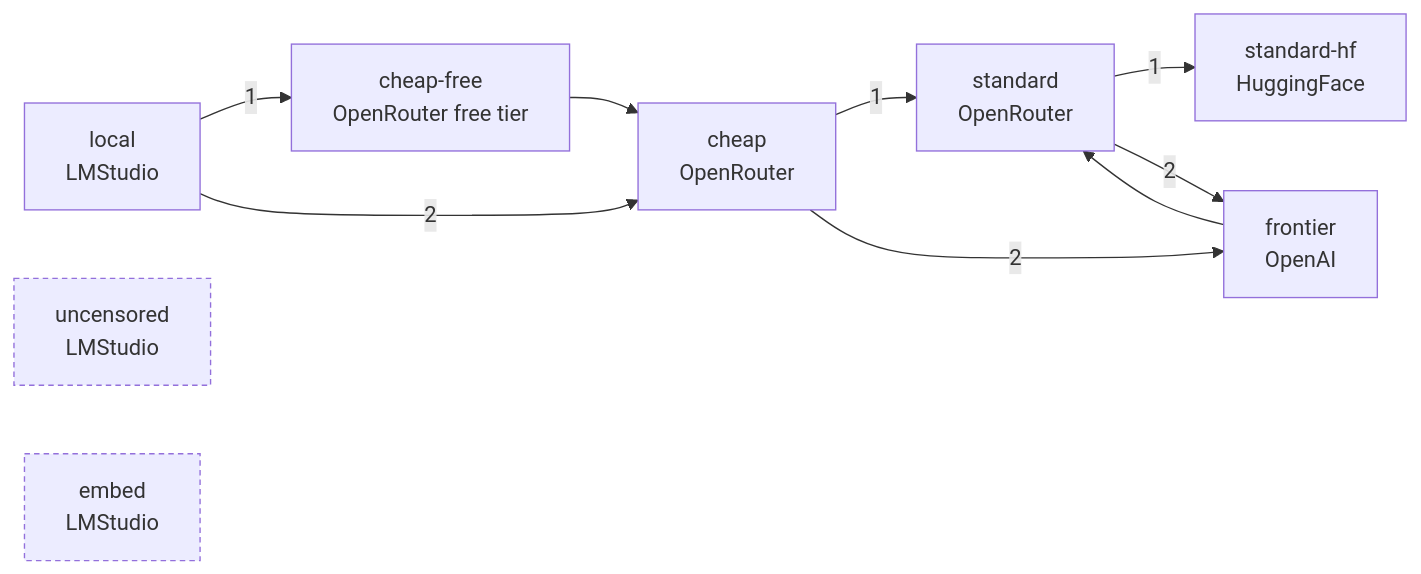
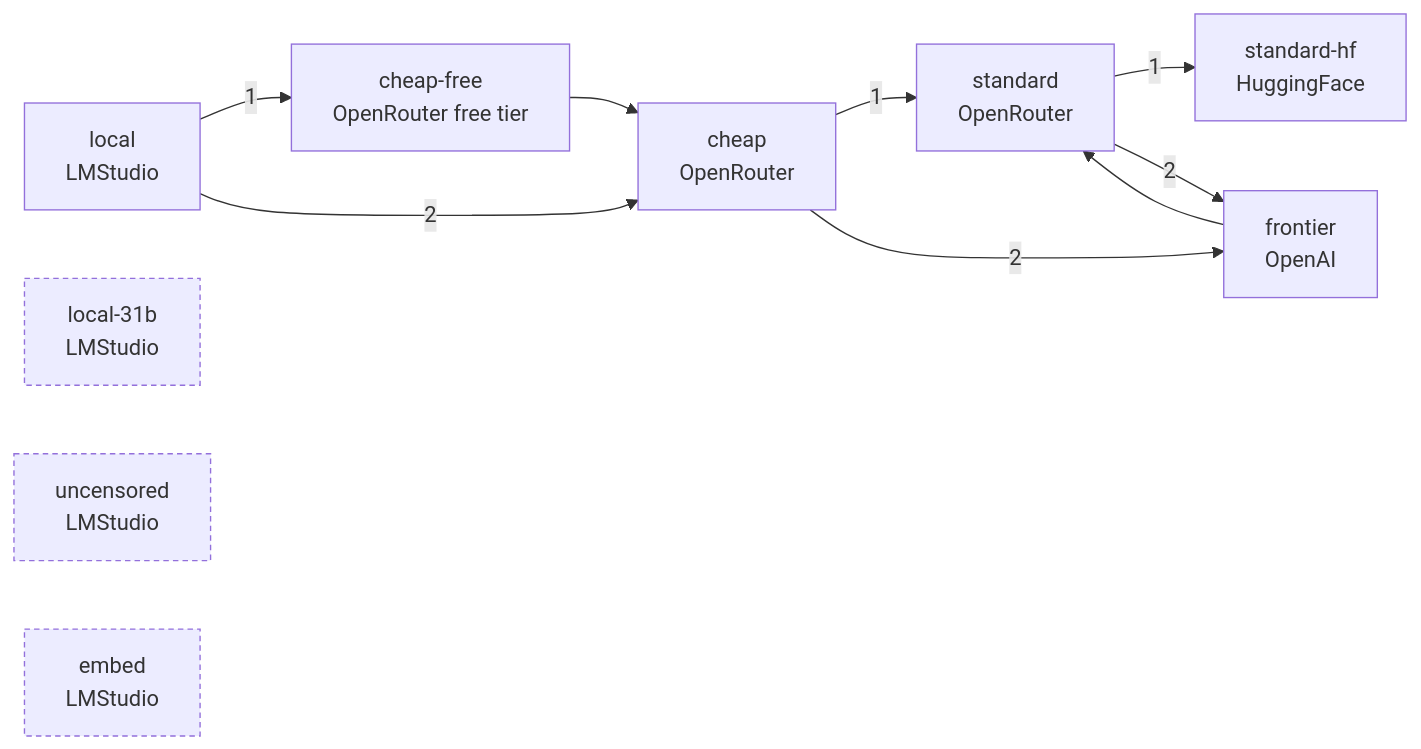
One commit to lukaskellerstein/ai-gateway changed the second of 2 diagrams in README.md. Above: the diagram before and after it, drawn with Mermaid. The commit also changed other lines of this file and 4 other files, not shown here.

````diff
--- a/README.md
+++ b/README.md
@@ -94,17 +98,18 @@
 ```mermaid
 flowchart LR
     local["local<br/>LMStudio"] -->|1| cheapfree["cheap-free<br/>OpenRouter free tier"]
     local -->|2| cheap
     cheapfree --> cheap["cheap<br/>OpenRouter"]
     cheap -->|1| standard["standard<br/>OpenRouter"]
     cheap -->|2| frontier["frontier<br/>OpenAI"]
     standard -->|1| standardhf["standard-hf<br/>HuggingFace"]
     standard -->|2| frontier
     frontier --> standard
 
+    local31b["local-31b<br/>LMStudio"]
     uncensored["uncensored<br/>LMStudio"]
     embed["embed<br/>LMStudio"]
 
     classDef terminal stroke-dasharray: 4 3
-    class uncensored,embed terminal
+    class local31b,uncensored,embed terminal
 ```
````
